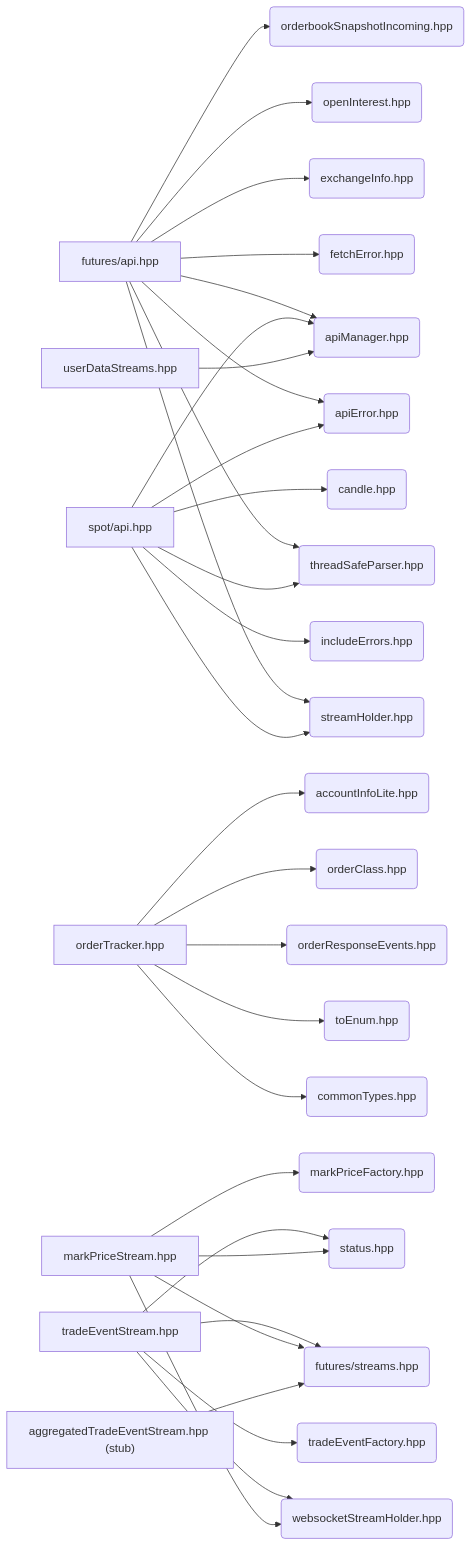
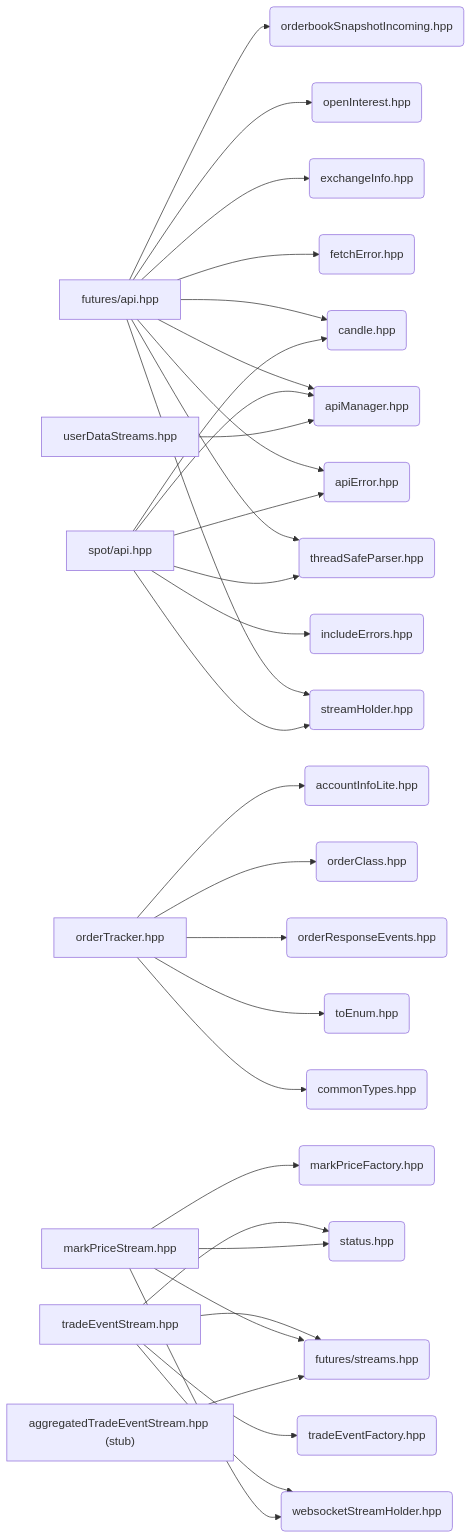
One commit to Datakan13/AstraConnect changed the fifth of 6 diagrams in doc/DEPENDENCY_GRAPH.md. Above: the diagram before and after it, drawn with Mermaid. The commit also changed 12 other files, not shown here.

````diff
--- a/doc/DEPENDENCY_GRAPH.md
+++ b/doc/DEPENDENCY_GRAPH.md
@@ -245,54 +245,55 @@
 ```mermaid
 graph LR
 
     MGR(apiManager.hpp)
     SH(streamHolder.hpp)
     TP(threadSafeParser.hpp)
     AE(apiError.hpp)
     FE(fetchError.hpp)
     IE(includeErrors.hpp)
     EI(exchangeInfo.hpp)
     OI(openInterest.hpp)
     OBS(orderbookSnapshotIncoming.hpp)
     CN(candle.hpp)
     CT(commonTypes.hpp)
     TE(toEnum.hpp)
     OC(orderClass.hpp)
     ORE(orderResponseEvents.hpp)
     AI(accountInfoLite.hpp)
     FS(futures/streams.hpp)
     WSH(websocketStreamHolder.hpp)
     ST(status.hpp)
     TF(tradeEventFactory.hpp)
     MF(markPriceFactory.hpp)
 
     FA[futures/api.hpp]       --> MGR
     FA                        --> SH
     FA                        --> TP
     FA                        --> AE
     FA                        --> FE
     FA                        --> EI
     FA                        --> OI
     FA                        --> OBS
+    FA                        --> CN
     SA[spot/api.hpp]          --> MGR
     SA                        --> SH
     SA                        --> TP
     SA                        --> AE
     SA                        --> IE
     SA                        --> CN
     UDSS[userDataStreams.hpp]  --> MGR
     OT[orderTracker.hpp]      --> CT
     OT                        --> TE
     OT                        --> ORE
     OT                        --> OC
     OT                        --> AI
     TES[tradeEventStream.hpp] --> FS
     TES                       --> WSH
     TES                       --> ST
     TES                       --> TF
     MPS[markPriceStream.hpp]  --> FS
     MPS                       --> WSH
     MPS                       --> ST
     MPS                       --> MF
     AGG["aggregatedTradeEventStream.hpp (stub)"] --> FS
 ```
````
